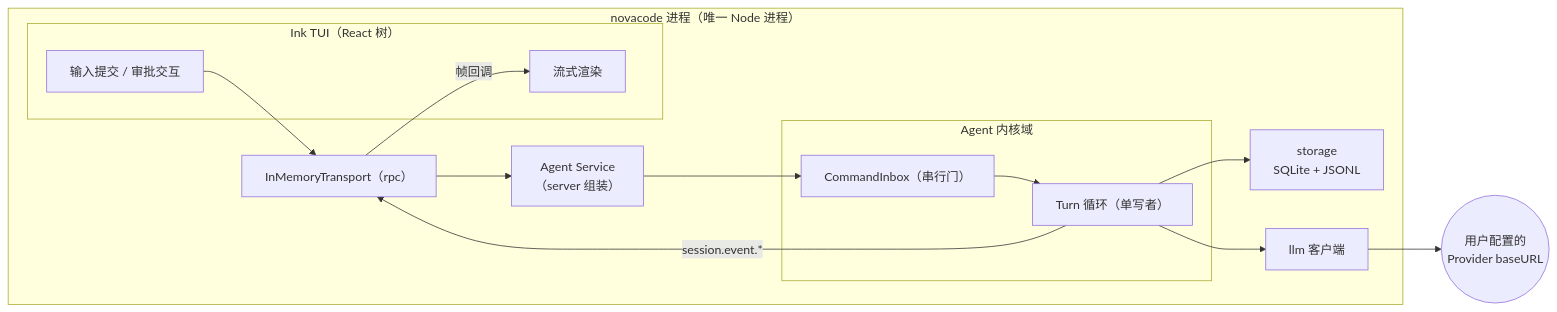
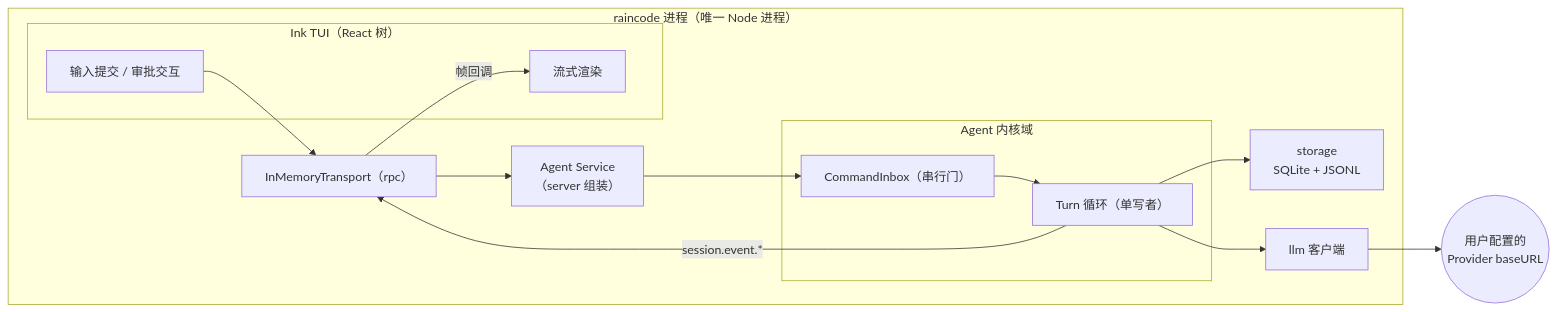
The third of 4 diagrams in docs/04-architecture.md (Rainmemery/RainCode), drawn with Mermaid before and after one commit. The commit also changed other lines of this file and 131 other files, not shown here.

````diff
--- a/docs/04-architecture.md
+++ b/docs/04-architecture.md
@@ -235,22 +235,22 @@
 ```mermaid
 flowchart LR
-    subgraph P["novacode 进程（唯一 Node 进程）"]
+    subgraph P["raincode 进程（唯一 Node 进程）"]
         subgraph UI["Ink TUI（React 树）"]
             IN["输入提交 / 审批交互"]
             OUT["流式渲染"]
         end
         BR["InMemoryTransport（rpc）"]
         SVC["Agent Service<br/>（server 组装）"]
         subgraph K["Agent 内核域"]
             INB["CommandInbox（串行门）"]
             TURN["Turn 循环（单写者）"]
         end
         STG["storage<br/>SQLite + JSONL"]
         LLMC["llm 客户端"]
     end
     NET(("用户配置的<br/>Provider baseURL"))
     IN --> BR --> SVC --> INB --> TURN
     TURN --> LLMC --> NET
     TURN --> STG
     TURN -- "session.event.*" --> BR -- "帧回调" --> OUT
 ```
````
